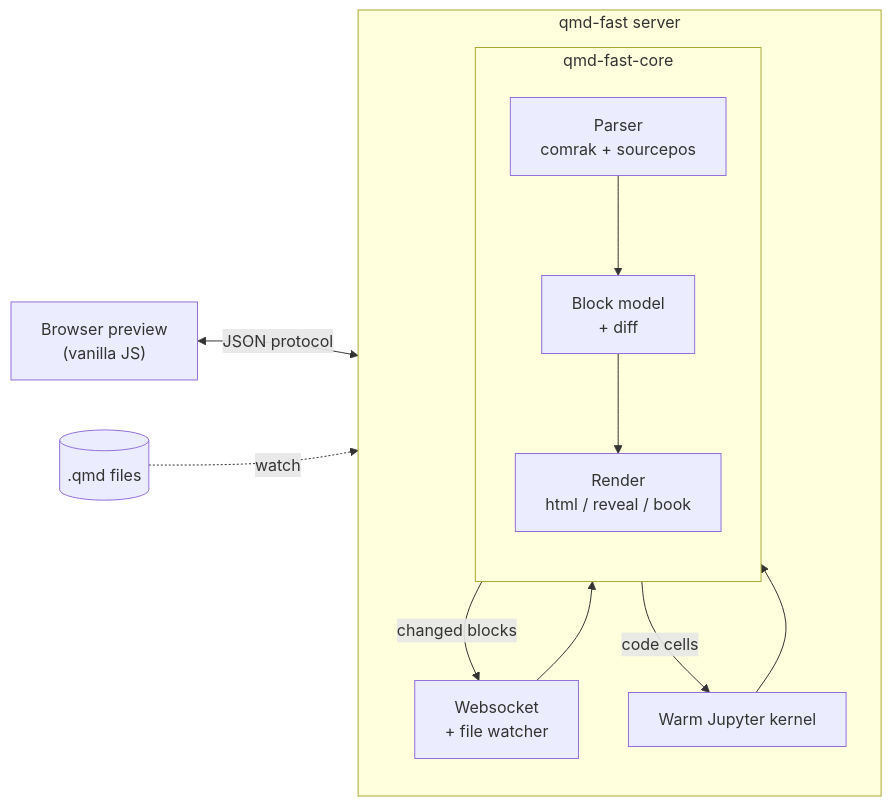
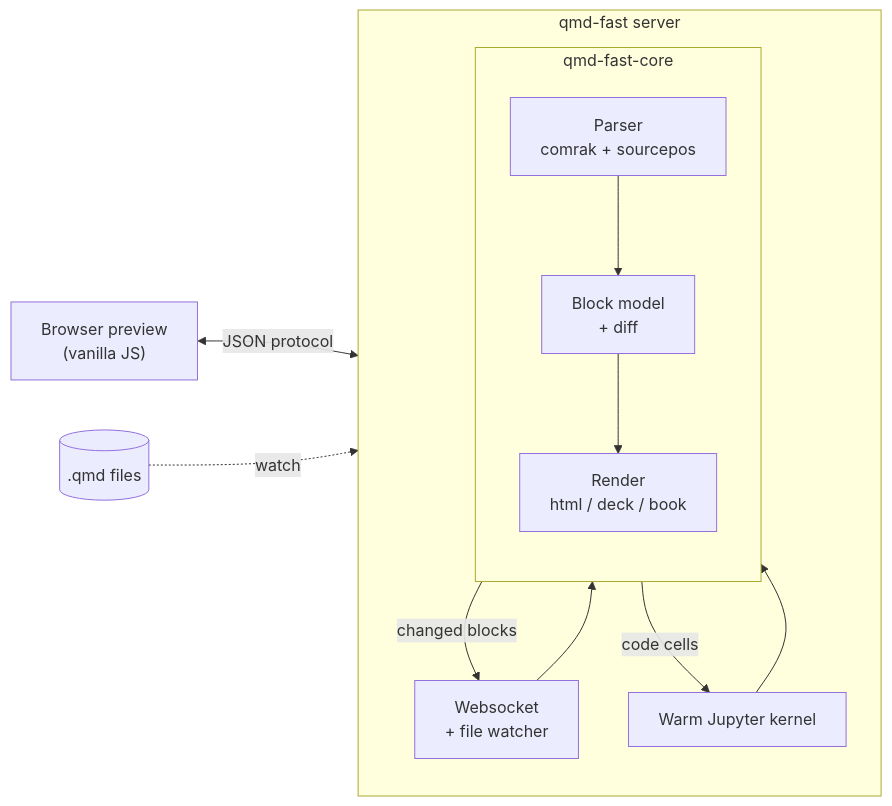
One commit to AJBogo9/taliesin changed the first of 5 diagrams in docs/internals/architecture.qmd. Above: the diagram before and after it, drawn with Mermaid. The commit also changed other lines of this file and 10 other files, not shown here.

````diff
--- a/docs/internals/architecture.qmd
+++ b/docs/internals/architecture.qmd
@@ -10,21 +10,21 @@
 ```{mermaid}
 %%| label: fig-architecture
 %%| fig-cap: "Thin clients talk to the server over a websocket; all rendering lives in the Rust core."
 flowchart LR
   BR["Browser preview<br/>(vanilla JS)"]
   subgraph Server["qmd-fast server"]
     direction TB
     WS["Websocket<br/>+ file watcher"]
     subgraph Core["qmd-fast-core"]
       direction TB
-      P["Parser<br/>comrak + sourcepos"] --> M["Block model<br/>+ diff"] --> R["Render<br/>html / reveal / book"]
+      P["Parser<br/>comrak + sourcepos"] --> M["Block model<br/>+ diff"] --> R["Render<br/>html / deck / book"]
     end
     K["Warm Jupyter kernel"]
   end
   F[(".qmd files")]
   BR <-->|JSON protocol| WS
   WS --> P
   R -->|changed blocks| WS
   F -.->|watch| WS
   M -->|code cells| K --> M
 ```
````
